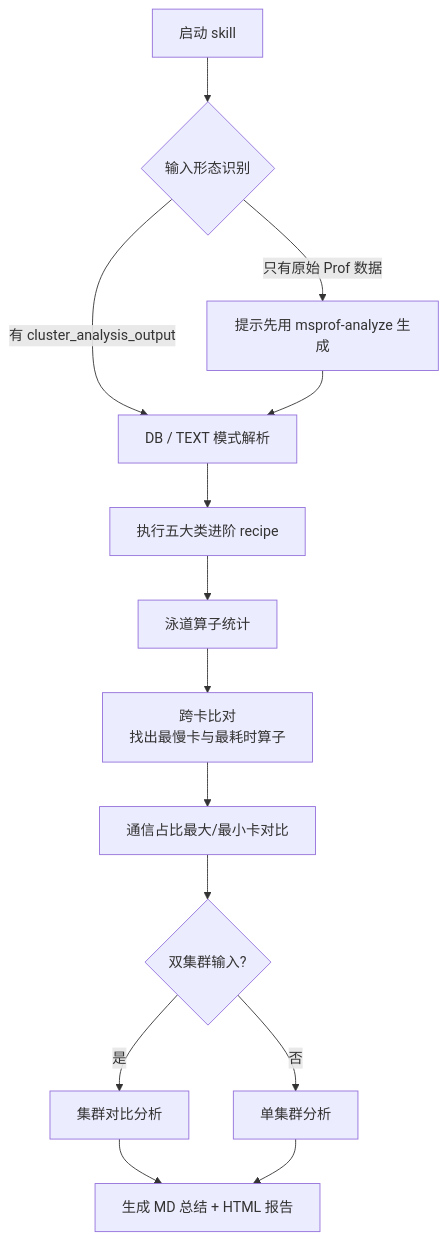
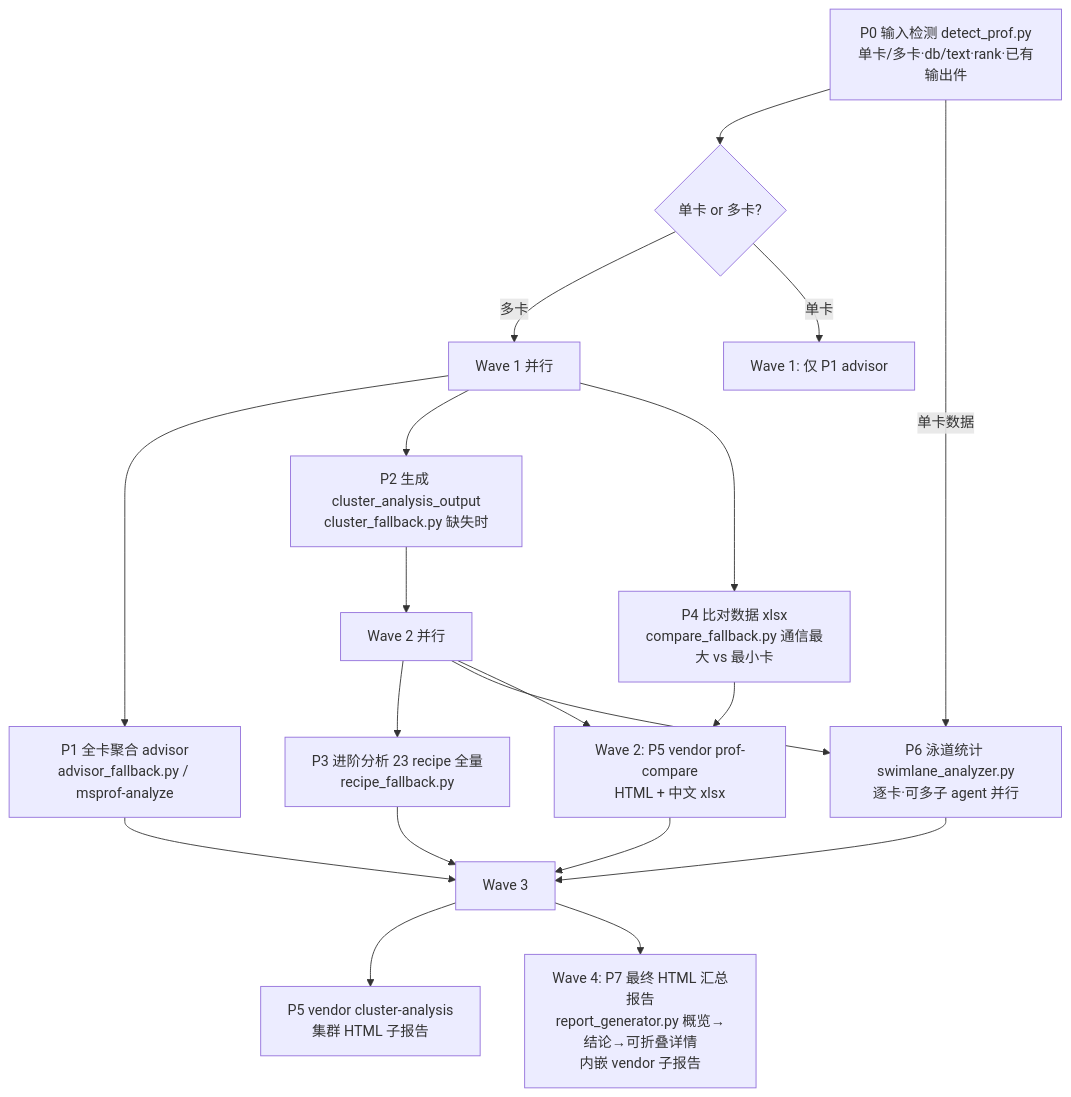
Before and after one commit to hu669293657/skills: the diagram in cluster-analysis/README.md, drawn with Mermaid. The commit also changed other lines of this file and 108 other files, not shown here.

Commit message:
Add cluster-compare and prof-compare skills, rework cluster-analysis; update README

````diff
--- a/cluster-analysis/README.md
+++ b/cluster-analysis/README.md
@@ -36,16 +85,21 @@
 ```mermaid
 flowchart TD
-    A[启动 skill] --> B{输入形态识别}
-    B -->|有 cluster_analysis_output| D[DB / TEXT 模式解析]
-    B -->|只有原始 Prof 数据| C[提示先用 msprof-analyze 生成]
-    C --> D
-    D --> E[执行五大类进阶 recipe]
-    E --> F[泳道算子统计]
-    F --> G[跨卡比对<br/>找出最慢卡与最耗时算子]
-    G --> H[通信占比最大/最小卡对比]
-    H --> I{双集群输入?}
-    I -->|是| J[集群对比分析]
-    I -->|否| K[单集群分析]
-    J --> L[生成 MD 总结 + HTML 报告]
-    K --> L
+    A[P0 输入检测 detect_prof.py<br/>单卡/多卡·db/text·rank·已有输出件] --> B{单卡 or 多卡?}
+    B -->|多卡| C[Wave 1 并行]
+    B -->|单卡| D[Wave 1: 仅 P1 advisor]
+    C --> C1[P1 全卡聚合 advisor<br/>advisor_fallback.py / msprof-analyze]
+    C --> C2[P2 生成 cluster_analysis_output<br/>cluster_fallback.py 缺失时]
+    C --> C3[P4 比对数据 xlsx<br/>compare_fallback.py 通信最大 vs 最小卡]
+    C2 --> E[Wave 2 并行]
+    C3 --> F[Wave 2: P5 vendor prof-compare<br/>HTML + 中文 xlsx]
+    A -->|单卡数据| G[P6 泳道统计 swimlane_analyzer.py<br/>逐卡·可多子 agent 并行]
+    E --> E1[P3 进阶分析 23 recipe 全量<br/>recipe_fallback.py]
+    E --> G
+    E --> F
+    C1 --> H[Wave 3]
+    E1 --> H
+    G --> H
+    F --> H
+    H --> H1[P5 vendor cluster-analysis<br/>集群 HTML 子报告]
+    H --> I[Wave 4: P7 最终 HTML 汇总报告<br/>report_generator.py 概览→结论→可折叠详情<br/>内嵌 vendor 子报告]
 ```
````
